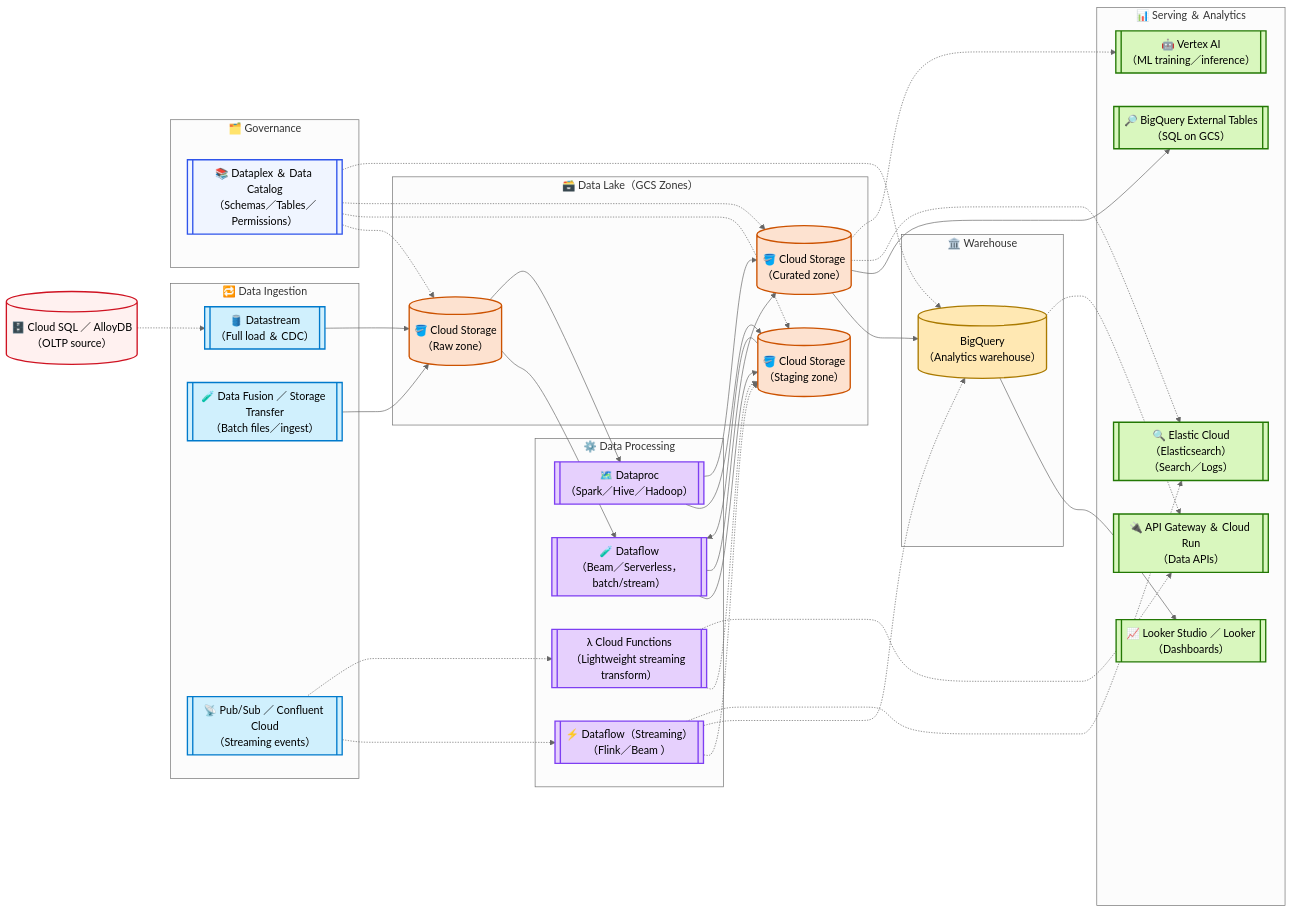
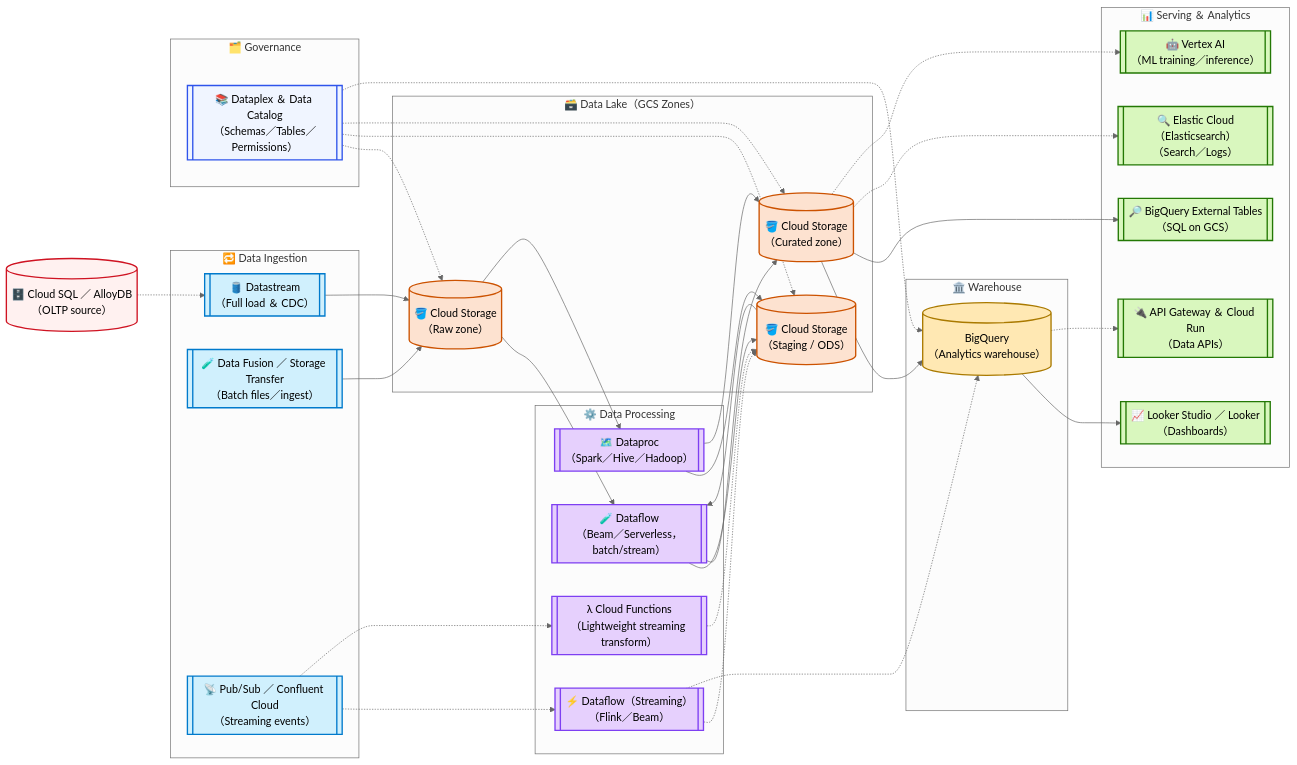
Before and after one commit to blaire101/DE2-AWS-Azure-GCP-2025: the third of 3 diagrams in DE2-GCP-2025.md, drawn with Mermaid (neutral theme).

```diff
--- a/DE2-GCP-2025.md
+++ b/DE2-GCP-2025.md
@@ -151,14 +151,14 @@
     subgraph L2[⚙️ Data Processing]
         DF[[🧪 Dataflow<br>（Beam／Serverless，batch/stream）]]:::proc
         DP[[🗺️ Dataproc<br>（Spark／Hive／Hadoop）]]:::proc
-        CFX[[⚡ Dataflow（Streaming）<br>（Flink／Beam ）]]:::proc
+        CFX[[⚡ Dataflow（Streaming）<br>（Flink／Beam）]]:::proc
         CFN[[λ Cloud Functions<br>（Lightweight streaming transform）]]:::proc
     end
 
     %% ===== L3: Lake Storage Zones =====
     subgraph L3[🗃️ Data Lake（GCS Zones）]
         RAW[(🪣 Cloud Storage<br>（Raw zone）)]:::stor
-        STG[(🪣 Cloud Storage<br>（Staging zone）)]:::stor
+        STG[(🪣 Cloud Storage<br>（Staging / ODS）)]:::stor
         CUR[(🪣 Cloud Storage<br>（Curated zone）)]:::stor
     end
 
@@ -176,7 +176,7 @@
         VAI[[🤖 Vertex AI<br>（ML training／inference）]]:::srv
     end
 
-    %% ===== Governance（Metadata ＆ Access Control） =====
+    %% ===== Governance =====
     subgraph GOV[🗂️ Governance]
         DPX[[📚 Dataplex ＆ Data Catalog<br>（Schemas／Tables／Permissions）]]:::gov
     end
@@ -207,11 +207,7 @@
     BQ -.-> API
     CUR -.-> VAI
 
-    %% ===== Streaming → Serving direct（for real-time use cases） =====
-    CFX -.-> ES
-    CFN -.-> API
-
-    %% ===== Governance wiring（dashed） =====
+    %% ===== Governance wiring =====
     DPX -.-> RAW
     DPX -.-> STG
     DPX -.-> CUR
```
